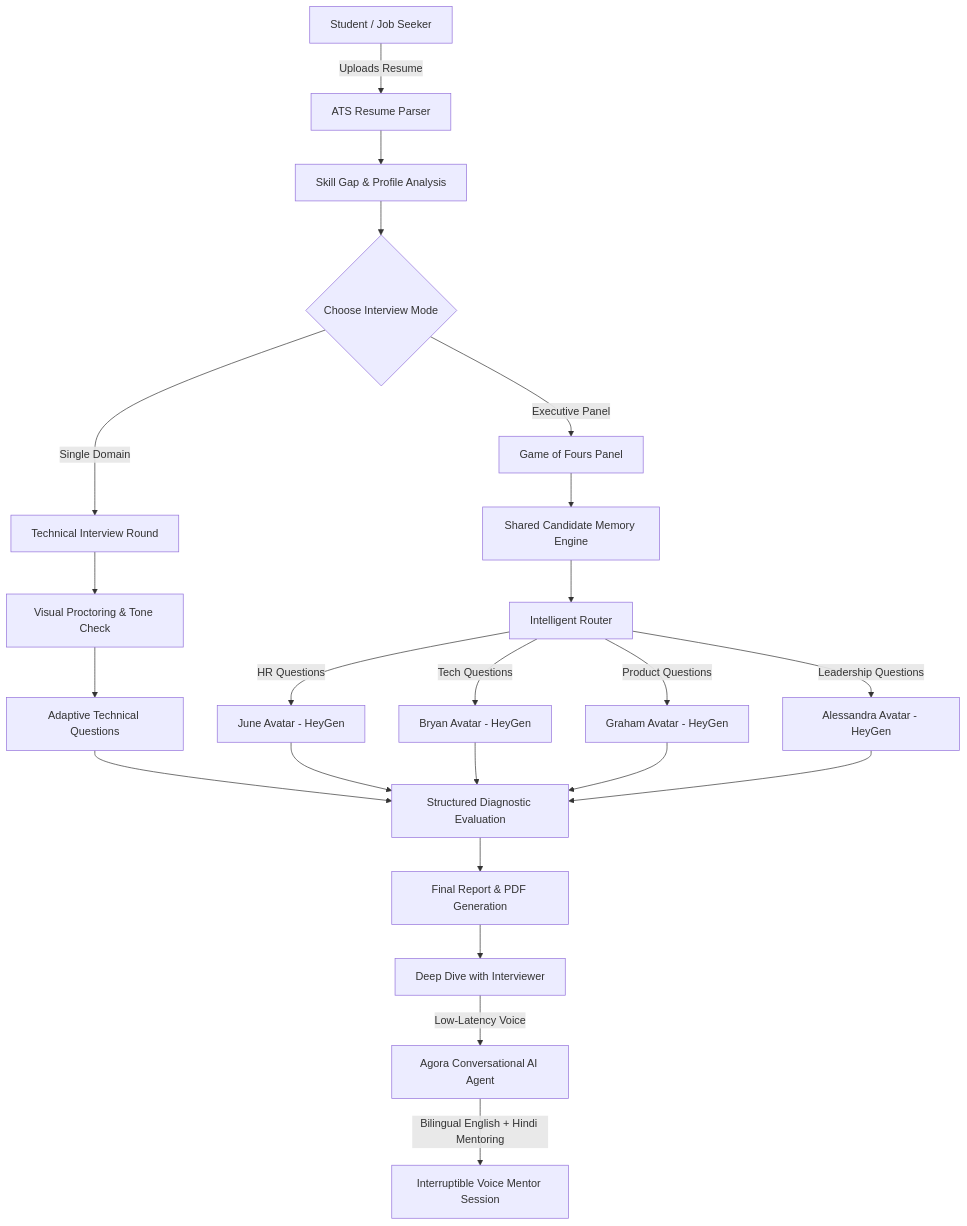
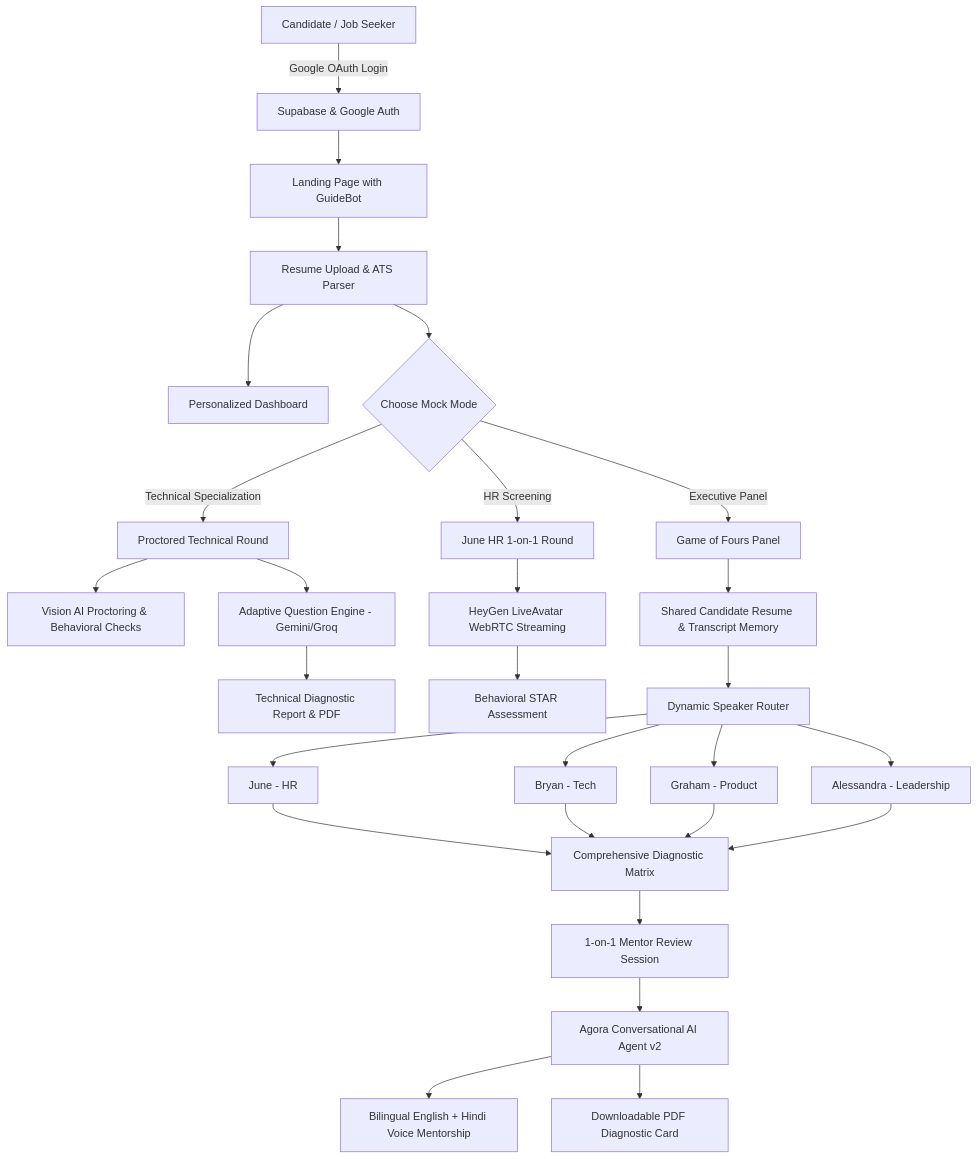
Before and after one commit to kavyabhardwaj2004/mockmate: the diagram in README.md, drawn with Mermaid. The commit also changed other lines of this file, not shown here.

````diff
--- a/README.md
+++ b/README.md
@@ -99,29 +137,37 @@
 ```mermaid
 flowchart TD
-    A[Student / Job Seeker] -->|Uploads Resume| B[ATS Resume Parser]
-    B --> C[Skill Gap & Profile Analysis]
+    User[Candidate / Job Seeker] -->|Google OAuth Login| Auth[Supabase & Google Auth]
+    Auth --> Landing[Landing Page with GuideBot]
     
-    C --> D{Choose Interview Mode}
+    Landing --> Resume[Resume Upload & ATS Parser]
+    Resume --> Dashboard[Personalized Dashboard]
     
-    %% Technical Round Branch
-    D -->|Single Domain| E[Technical Interview Round]
-    E --> E1[Visual Proctoring & Tone Check]
-    E1 --> E2[Adaptive Technical Questions]
-    E2 --> G[Structured Diagnostic Evaluation]
+    Resume --> ModeSelect{Choose Mock Mode}
     
-    %% Game of Fours Branch
-    D -->|Executive Panel| F[Game of Fours Panel]
-    F --> F1[Shared Candidate Memory Engine]
-    F1 --> F2[Intelligent Router]
-    F2 -->|HR Questions| F3[June Avatar - HeyGen]
-    F2 -->|Tech Questions| F4[Bryan Avatar - HeyGen]
-    F2 -->|Product Questions| F5[Graham Avatar - HeyGen]
-    F2 -->|Leadership Questions| F6[Alessandra Avatar - HeyGen]
-    F3 & F4 & F5 & F6 --> G
+    %% Technical Round
+    ModeSelect -->|Technical Specialization| TechRound[Proctored Technical Round]
+    TechRound --> Proctor[Vision AI Proctoring & Behavioral Checks]
+    TechRound --> AdaptiveLLM[Adaptive Question Engine - Gemini/Groq]
+    AdaptiveLLM --> TechResult[Technical Diagnostic Report & PDF]
     
-    %% Results & Mentor Review Branch
-    G --> H[Final Report & PDF Generation]
-    H --> I[Deep Dive with Interviewer]
-    I -->|Low-Latency Voice| J[Agora Conversational AI Agent]
-    J -->|Bilingual English + Hindi Mentoring| K[Interruptible Voice Mentor Session]
+    %% June HR Round
+    ModeSelect -->|HR Screening| HRRound[June HR 1-on-1 Round]
+    HRRound --> HeyGenHR[HeyGen LiveAvatar WebRTC Streaming]
+    HeyGenHR --> HREval[Behavioral STAR Assessment]
+    
+    %% Game of Fours
+    ModeSelect -->|Executive Panel| GameOfFours[Game of Fours Panel]
+    GameOfFours --> SharedContext[Shared Candidate Resume & Transcript Memory]
+    SharedContext --> Router[Dynamic Speaker Router]
+    Router --> JuneAvatar[June - HR]
+    Router --> BryanAvatar[Bryan - Tech]
+    Router --> GrahamAvatar[Graham - Product]
+    Router --> AlessandraAvatar[Alessandra - Leadership]
+    JuneAvatar & BryanAvatar & GrahamAvatar & AlessandraAvatar --> PanelReport[Comprehensive Diagnostic Matrix]
+    
+    %% Mentor Review Mode
+    PanelReport --> DeepDive[1-on-1 Mentor Review Session]
+    DeepDive --> AgoraAI[Agora Conversational AI Agent v2]
+    AgoraAI --> BilingualMentoring[Bilingual English + Hindi Voice Mentorship]
+    AgoraAI --> PDFExport[Downloadable PDF Diagnostic Card]
 ```
````
